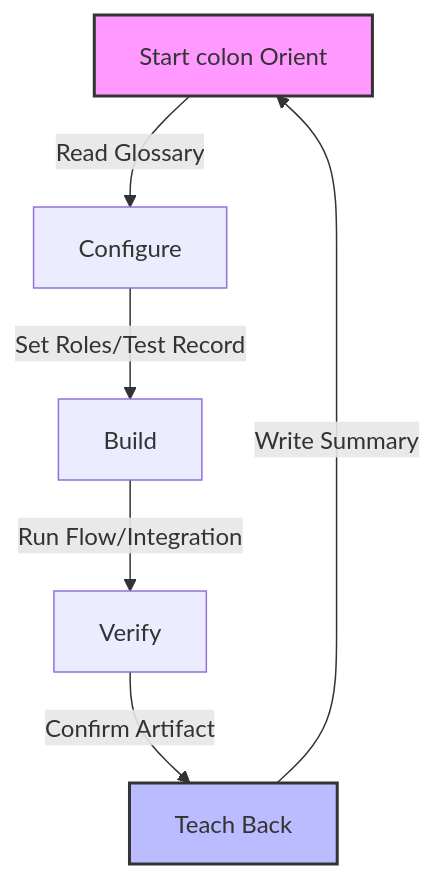
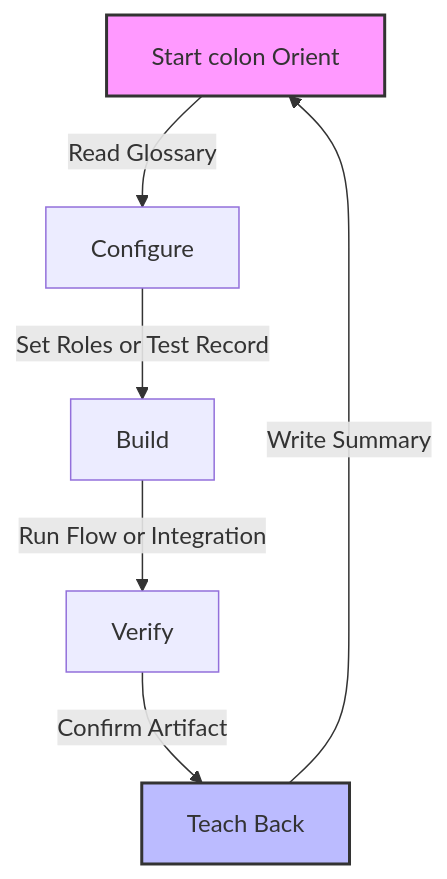
Before and after one commit to eltonaguiar/ServiceNow_Learning_TSOM-_CSM_FSM_SalesCRM_HAM_ITSM: the diagram in index.md, drawn with Mermaid. The commit also changed 19 other files, not shown here.

First line of the commit message:
Fix Mermaid diagram syntax errors - replace problematic chars in text content only

````diff
--- a/index.md
+++ b/index.md
@@ -169,10 +169,10 @@
 ```mermaid
 graph TD
     A[Start colon  Orient] -->|Read Glossary| B[Configure]
-    B -->|Set Roles/Test Record| C[Build]
-    C -->|Run Flow/Integration| D[Verify]
+    B -->|Set Roles or Test Record| C[Build]
+    C -->|Run Flow or Integration| D[Verify]
     D -->|Confirm Artifact| E[Teach Back]
     E -->|Write Summary| A
     style A fill:#f9f,stroke:#333,stroke-width:2px
     style E fill:#bbf,stroke:#333,stroke-width:2px
 ```
````
